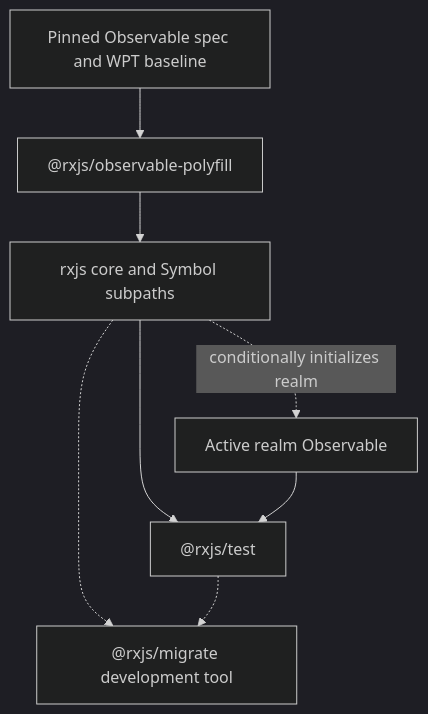
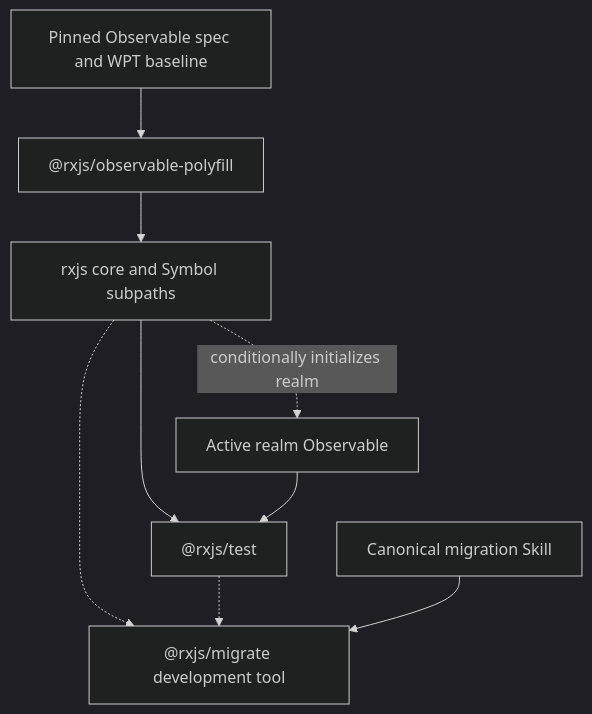
Before and after one commit to ReactiveX/rxjs: the third of 3 diagrams in docs/rxjs-next/ARCHITECTURE.md, drawn with Mermaid (dark theme). The commit also changed other lines of this file and 6 other files, not shown here.

````diff
--- a/docs/rxjs-next/ARCHITECTURE.md
+++ b/docs/rxjs-next/ARCHITECTURE.md
@@ -896,10 +919,11 @@
 ```mermaid
 flowchart TD
     Standards["Pinned Observable spec and WPT baseline"] --> Polyfill["@rxjs/observable-polyfill"]
     Polyfill --> RxJS["rxjs core and Symbol subpaths"]
     RxJS --> Test["@rxjs/test"]
     Active["Active realm Observable"] --> Test["@rxjs/test"]
     RxJS -.->|conditionally initializes realm| Active
     RxJS -.-> Migrate["@rxjs/migrate development tool"]
     Test -.-> Migrate
+    Skill["Canonical migration Skill"] --> Migrate
 ```
````
